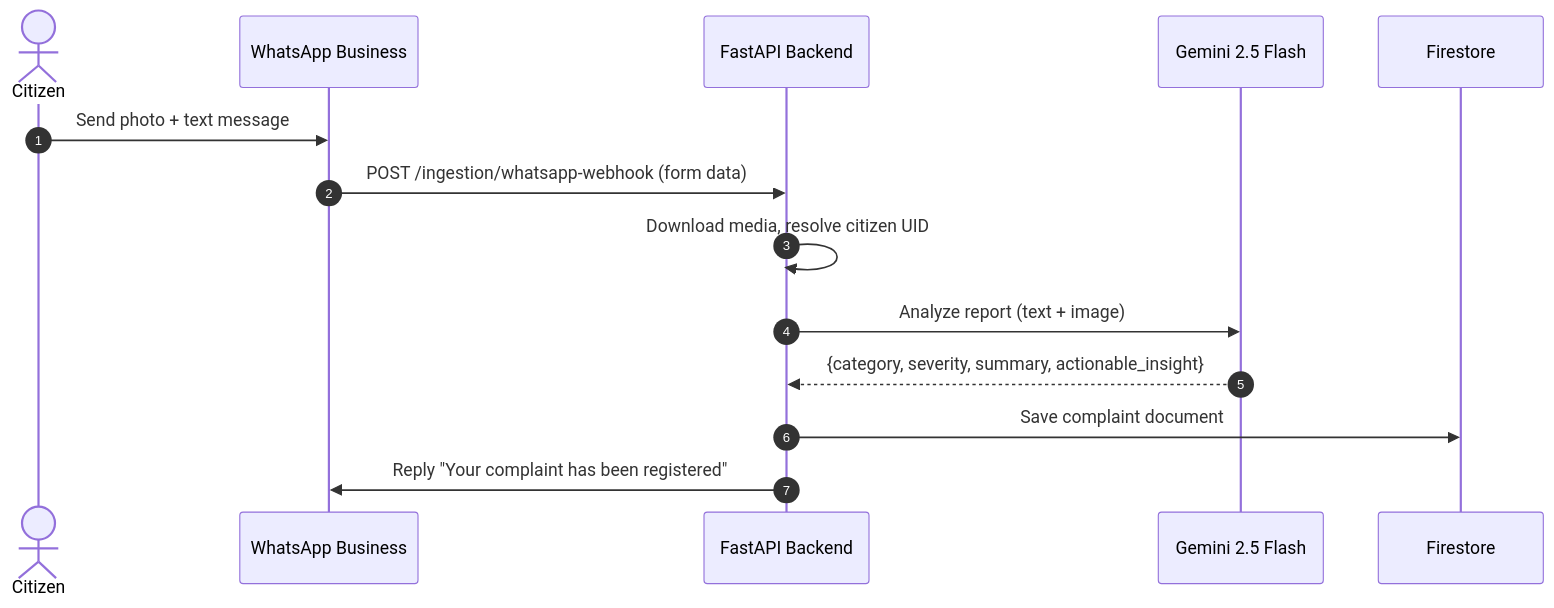
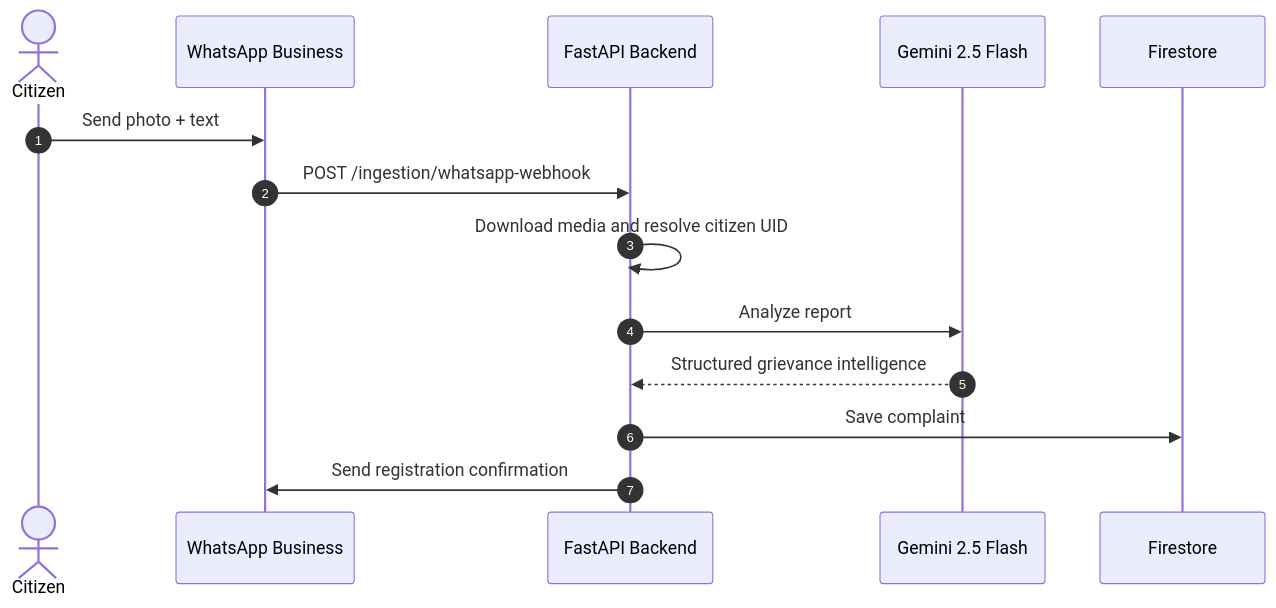
The third of 6 diagrams in README.md (Harshit-Awasthi-05/Jan-Awaaz-AI), drawn with Mermaid before and after one commit. The commit also changed other lines of this file, not shown here.

````diff
--- a/README.md
+++ b/README.md
@@ -153,17 +348,17 @@
-```mermaid
+``` mermaid
 sequenceDiagram
     autonumber
     actor Citizen
     participant WA as WhatsApp Business
     participant API as FastAPI Backend
     participant Gemini as Gemini 2.5 Flash
     participant Firestore
 
-    Citizen->>WA: Send photo + text message
-    WA->>API: POST /ingestion/whatsapp-webhook (form data)
-    API->>API: Download media, resolve citizen UID
-    API->>Gemini: Analyze report (text + image)
-    Gemini-->>API: {category, severity, summary, actionable_insight}
-    API->>Firestore: Save complaint document
-    API->>WA: Reply "Your complaint has been registered"
+    Citizen->>WA: Send photo + text
+    WA->>API: POST /ingestion/whatsapp-webhook
+    API->>API: Download media and resolve citizen UID
+    API->>Gemini: Analyze report
+    Gemini-->>API: Structured grievance intelligence
+    API->>Firestore: Save complaint
+    API->>WA: Send registration confirmation
 ```
````
